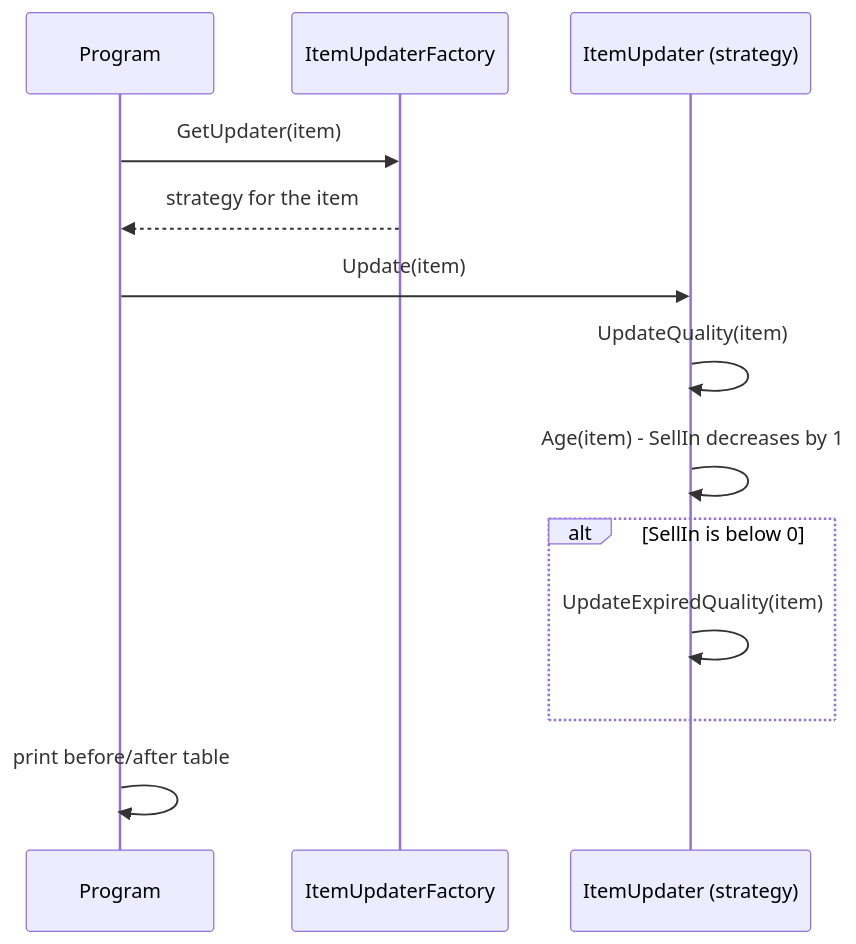
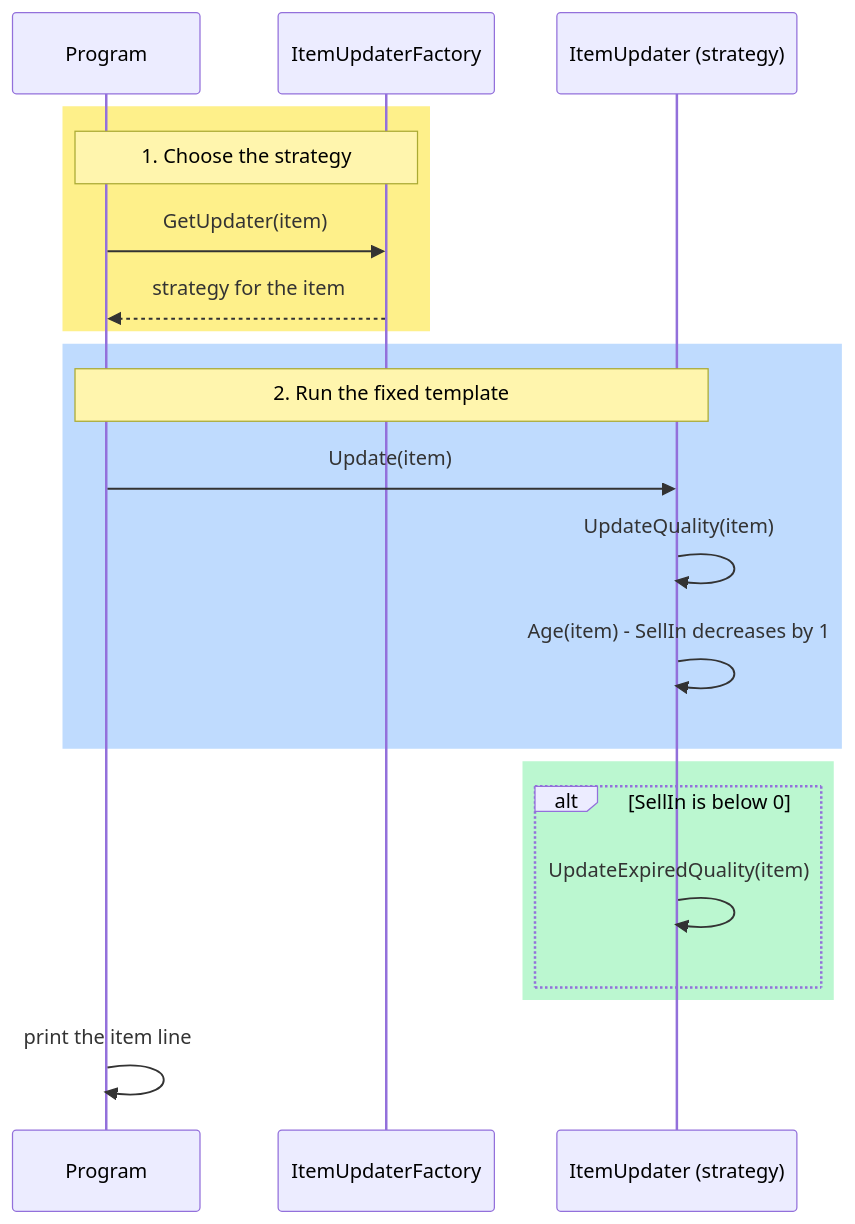
The third of 3 diagrams in SOLUTION.md (hemantpanchal67/engineering-test), drawn with Mermaid before and after one commit. The commit also changed other lines of this file, not shown here.

First line of the commit message:
docs: altered diagram, disclose AI use for documentation and diagrams

````diff
--- a/SOLUTION.md
+++ b/SOLUTION.md
@@ -85,15 +108,24 @@
 ```mermaid
 sequenceDiagram
     participant P as Program
     participant F as ItemUpdaterFactory
     participant U as ItemUpdater (strategy)
-    P->>F: GetUpdater(item)
-    F-->>P: strategy for the item
-    P->>U: Update(item)
-    U->>U: UpdateQuality(item)
-    U->>U: Age(item) - SellIn decreases by 1
-    alt SellIn is below 0
-        U->>U: UpdateExpiredQuality(item)
+
+    rect rgb(254, 240, 138)
+        Note over P,F: 1. Choose the strategy
+        P->>F: GetUpdater(item)
+        F-->>P: strategy for the item
     end
-    P->>P: print before/after table
+    rect rgb(191, 219, 254)
+        Note over P,U: 2. Run the fixed template
+        P->>U: Update(item)
+        U->>U: UpdateQuality(item)
+        U->>U: Age(item) - SellIn decreases by 1
+    end
+    rect rgb(187, 247, 208)
+        alt SellIn is below 0
+            U->>U: UpdateExpiredQuality(item)
+        end
+    end
+    P->>P: print the item line
 ```
````
